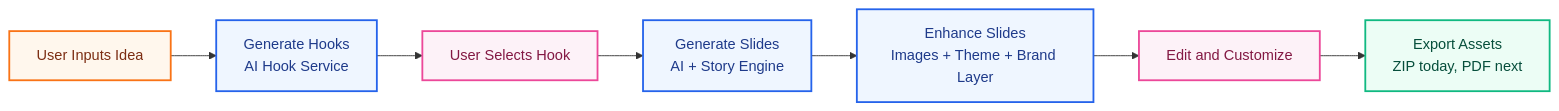
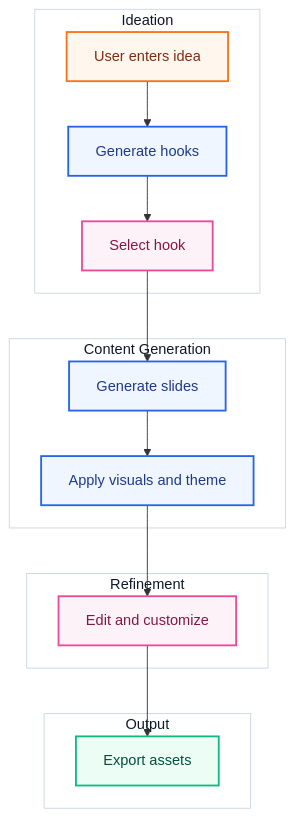
Before and after one commit to terror-akshat/Social-media-studio: the first of 2 diagrams in README.md, drawn with Mermaid. The commit also changed other lines of this file, not shown here.

````diff
--- a/README.md
+++ b/README.md
@@ -27,19 +27,38 @@
 ```mermaid
-flowchart LR
-    A[User Inputs Idea] --> B[Generate Hooks<br/>AI Hook Service]
-    B --> C[User Selects Hook]
-    C --> D[Generate Slides<br/>AI + Story Engine]
-    D --> E[Enhance Slides<br/>Images + Theme + Brand Layer]
-    E --> F[Edit and Customize]
-    F --> G[Export Assets<br/>ZIP today, PDF next]
+flowchart TB
+    subgraph S1[Ideation]
+        A[User enters idea]
+        B[Generate hooks]
+        C[Select hook]
+        A --> B --> C
+    end
+
+    subgraph S2[Content Generation]
+        D[Generate slides]
+        E[Apply visuals and theme]
+        D --> E
+    end
+
+    subgraph S3[Refinement]
+        F[Edit and customize]
+    end
+
+    subgraph S4[Output]
+        G[Export assets]
+    end
+
+    C --> D
+    E --> F --> G
 
     classDef input fill:#fff7ed,stroke:#f97316,color:#7c2d12,stroke-width:2px;
     classDef ai fill:#eff6ff,stroke:#2563eb,color:#1e3a8a,stroke-width:2px;
     classDef user fill:#fdf2f8,stroke:#ec4899,color:#831843,stroke-width:2px;
     classDef output fill:#ecfdf5,stroke:#10b981,color:#064e3b,stroke-width:2px;
+    classDef group fill:#ffffff,stroke:#cbd5e1,color:#0f172a,stroke-width:1px;
 
     class A input;
     class B,D,E ai;
     class C,F user;
     class G output;
+    class S1,S2,S3,S4 group;
 ```
````
